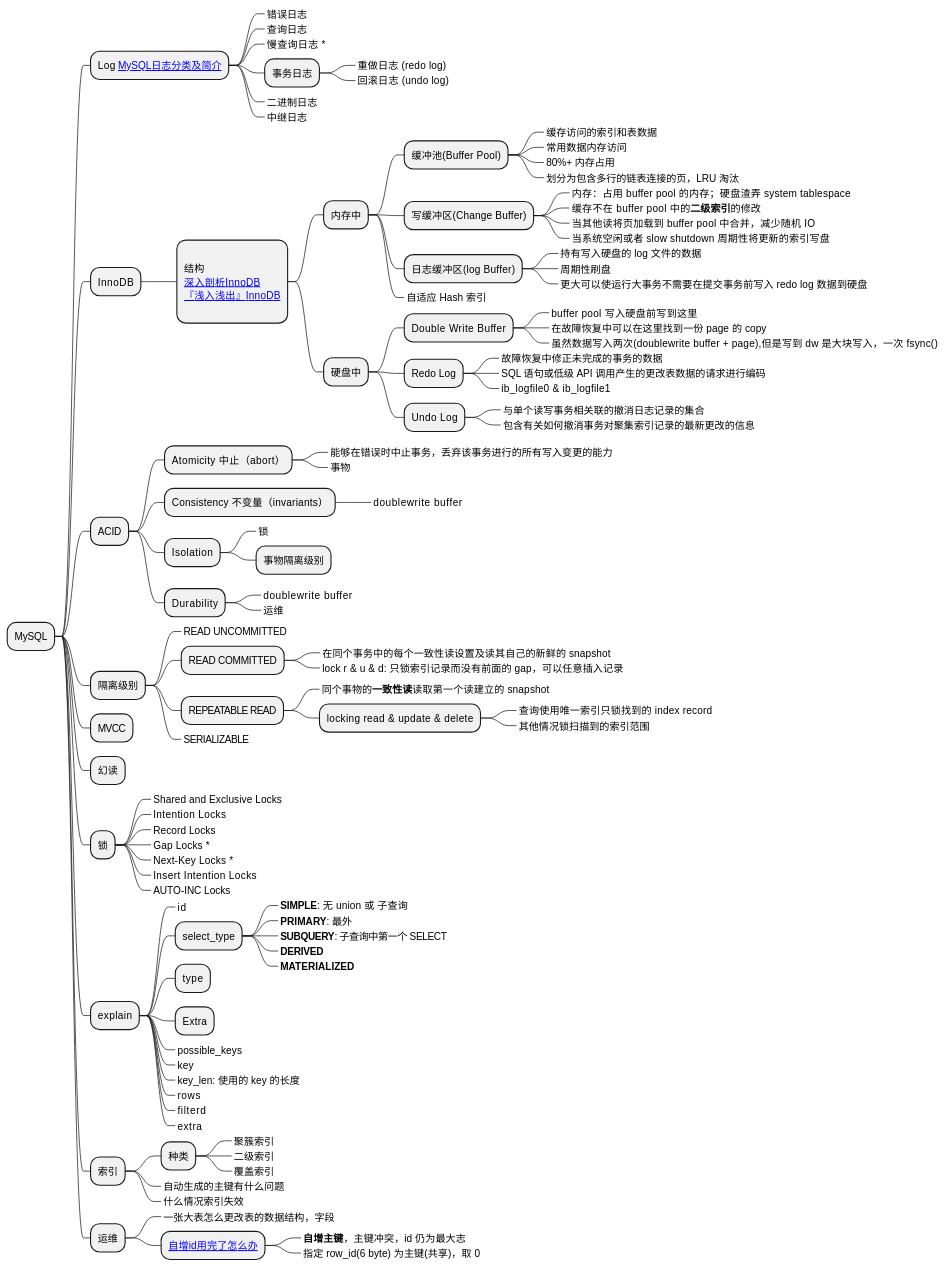
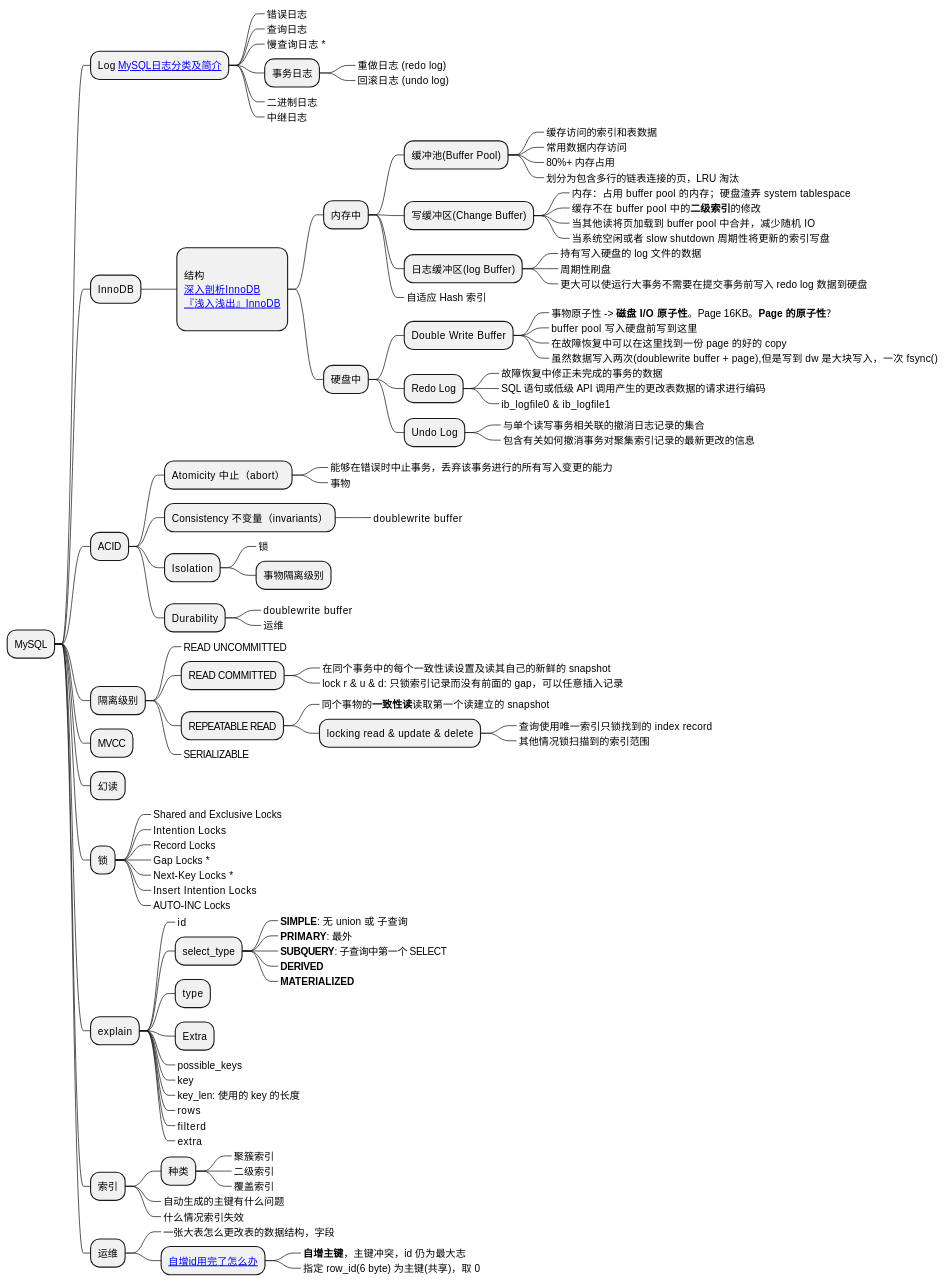
One commit to Gh0st99/Gh0st99.github.io changed the third of 11 diagrams in _posts/2021-05-27-查漏补缺.md. Above: the diagram before and after it, drawn with PlantUML. The commit also changed other lines of this file, not shown here.

```diff
--- a/_posts/2021-05-27-查漏补缺.md
+++ b/_posts/2021-05-27-查漏补缺.md
@@ -391,8 +391,9 @@
 *****_ 自适应 Hash 索引
 **** 硬盘中
 ***** Double Write Buffer
+******_ 事物原子性 -> **磁盘 I/O 原子性**。Page 16KB。**Page 的原子性**？
 ******_ buffer pool 写入硬盘前写到这里
-******_ 在故障恢复中可以在这里找到一份 page 的 copy
+******_ 在故障恢复中可以在这里找到一份 page 的好的 copy
 ******_ 虽然数据写入两次(doublewrite buffer + page),但是写到 dw 是大块写入，一次 fsync()
 ***** Redo Log
 ******_ 故障恢复中修正未完成的事务的数据
```
